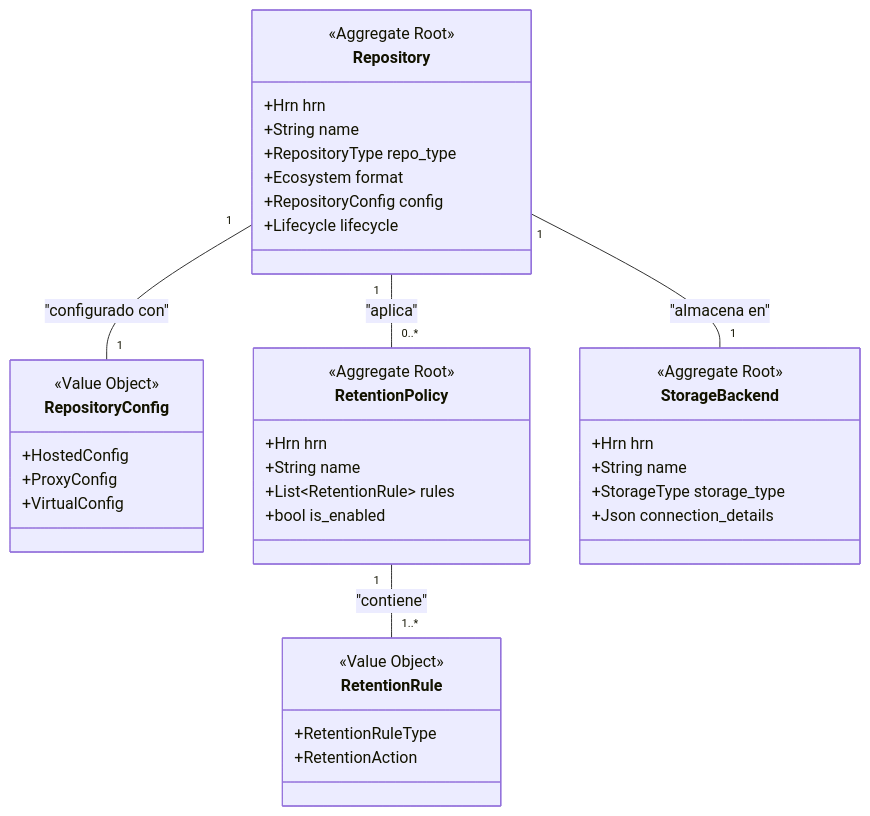
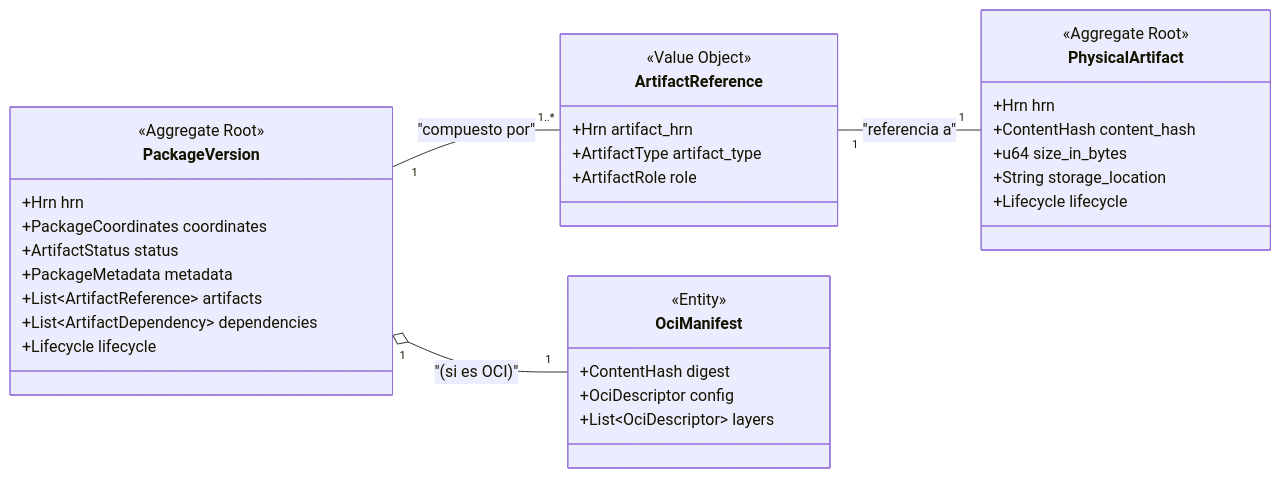
The diagram in docs/domain/artifact.md (Rubentxu/hodei-artifacts), drawn with Mermaid before and after one commit. The commit also changed other lines of this file and 2 other files, not shown here.

````diff
--- a/docs/domain/artifact.md
+++ b/docs/domain/artifact.md
@@ -23,48 +21,42 @@
 ```mermaid
 classDiagram
-    direction TB
+    direction LR
 
-    class Repository {
+    class PackageVersion {
         <<Aggregate Root>>
         +Hrn hrn
-        +String name
-        +RepositoryType repo_type
-        +Ecosystem format
-        +RepositoryConfig config
+        +PackageCoordinates coordinates
+        +ArtifactStatus status
+        +PackageMetadata metadata
+        +List~ArtifactReference~ artifacts
+        +List~ArtifactDependency~ dependencies
         +Lifecycle lifecycle
     }
 
-    class RepositoryConfig {
-        <<Value Object>>
-        +HostedConfig
-        +ProxyConfig
-        +VirtualConfig
+    class PhysicalArtifact {
+        <<Aggregate Root>>
+        +Hrn hrn
+        +ContentHash content_hash
+        +u64 size_in_bytes
+        +String storage_location
+        +Lifecycle lifecycle
     }
 
-    class RetentionPolicy {
-        <<Aggregate Root>>
-        +Hrn hrn
-        +String name
-        +List~RetentionRule~ rules
-        +bool is_enabled
+    class ArtifactReference {
+        <<Value Object>>
+        +Hrn artifact_hrn
+        +ArtifactType artifact_type
+        +ArtifactRole role
+    }
+    
+    class OciManifest {
+        <<Entity>>
+        +ContentHash digest
+        +OciDescriptor config
+        +List~OciDescriptor~ layers
     }
 
-    class RetentionRule {
-        <<Value Object>>
-        +RetentionRuleType
-        +RetentionAction
-    }
-
-    class StorageBackend {
-        <<Aggregate Root>>
-        +Hrn hrn
-        +String name
-        +StorageType storage_type
-        +Json connection_details
-    }
-
-    Repository "1" -- "1" RepositoryConfig : "configurado con"
-    Repository "1" -- "0..*" RetentionPolicy : "aplica"
-    Repository "1" -- "1" StorageBackend : "almacena en"
-    RetentionPolicy "1" -- "1..*" RetentionRule : "contiene"
+    PackageVersion "1" -- "1..*" ArtifactReference : "compuesto por"
+    ArtifactReference "1" -- "1" PhysicalArtifact : "referencia a"
+    PackageVersion "1" o-- "1" OciManifest : "(si es OCI)"
 ```
````
